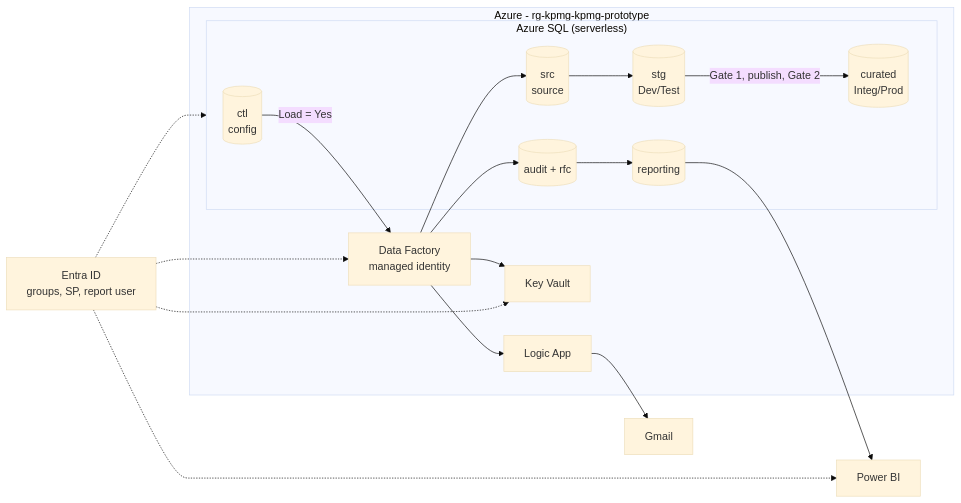
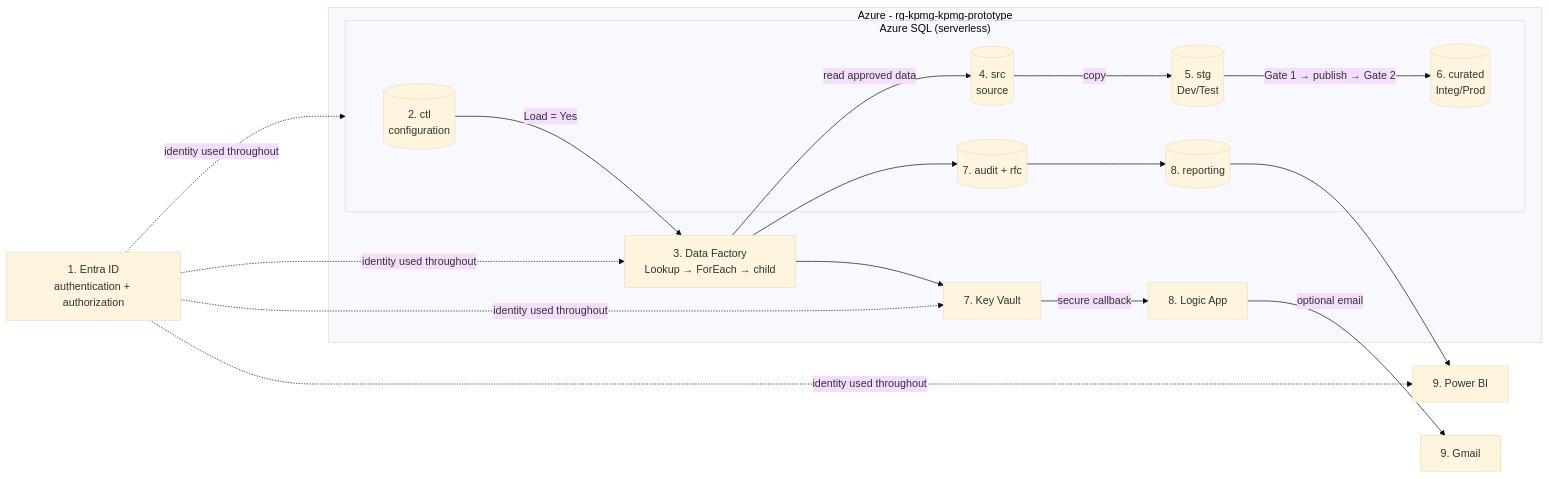
One commit to priyadharsini0316/azure-data-pipeline changed the first of 2 diagrams in README.md. Above: the diagram before and after it, drawn with Mermaid (base theme). The commit also changed other lines of this file and 10 other files, not shown here.

````diff
--- a/README.md
+++ b/README.md
@@ -50,26 +50,28 @@
 ```mermaid
 flowchart LR
     subgraph Azure["Azure - rg-kpmg-kpmg-prototype"]
-        ADF["Data Factory<br/>managed identity"]
+        ADF["3. Data Factory<br/>Lookup → ForEach → child"]
         subgraph SQL["Azure SQL (serverless)"]
-            CTL[("ctl<br/>config")]
-            SRC[("src<br/>source")]
-            STG[("stg<br/>Dev/Test")]
-            CUR[("curated<br/>Integ/Prod")]
-            AUD[("audit + rfc")]
-            REP[("reporting")]
+            CTL[("2. ctl<br/>configuration")]
+            SRC[("4. src<br/>source")]
+            STG[("5. stg<br/>Dev/Test")]
+            CUR[("6. curated<br/>Integ/Prod")]
+            AUD[("7. audit + rfc")]
+            REP[("8. reporting")]
         end
-        KV["Key Vault"]
-        LA["Logic App"]
+        KV["7. Key Vault"]
+        LA["8. Logic App"]
     end
-    ENTRA["Entra ID<br/>groups, SP, report user"]
-    PBI["Power BI"]
-    MAIL["Gmail"]
+    ENTRA["1. Entra ID<br/>authentication + authorization"]
+    PBI["9. Power BI"]
+    MAIL["9. Gmail"]
 
     CTL -->|"Load = Yes"| ADF
-    ADF --> SRC --> STG -->|"Gate 1, publish, Gate 2"| CUR
+    ADF -->|"read approved data"| SRC
+    SRC -->|"copy"| STG
+    STG -->|"Gate 1 → publish → Gate 2"| CUR
     ADF --> AUD --> REP --> PBI
     ADF --> KV
-    ADF --> LA --> MAIL
-    ENTRA -.-> ADF & SQL & KV & PBI
+    KV -->|"secure callback"| LA -->|"optional email"| MAIL
+    ENTRA -.->|"identity used throughout"| ADF & SQL & KV & PBI
 ```
````
